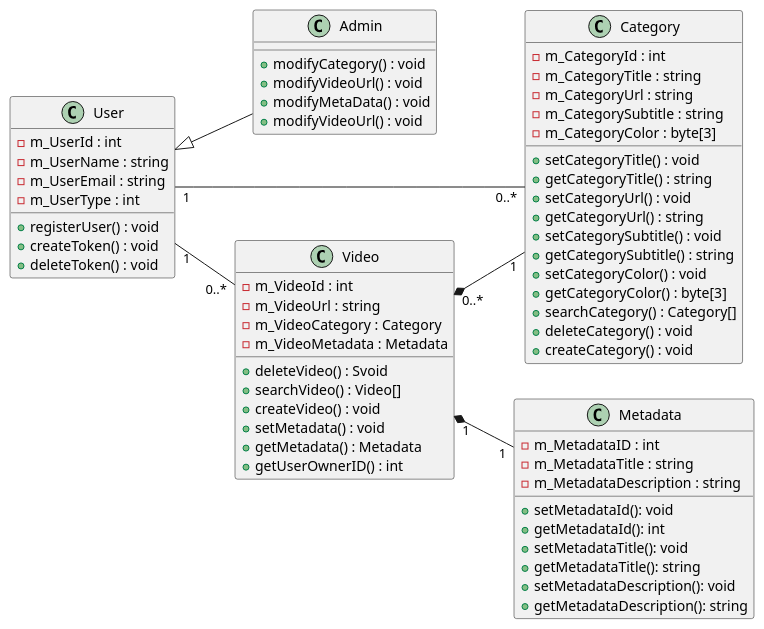
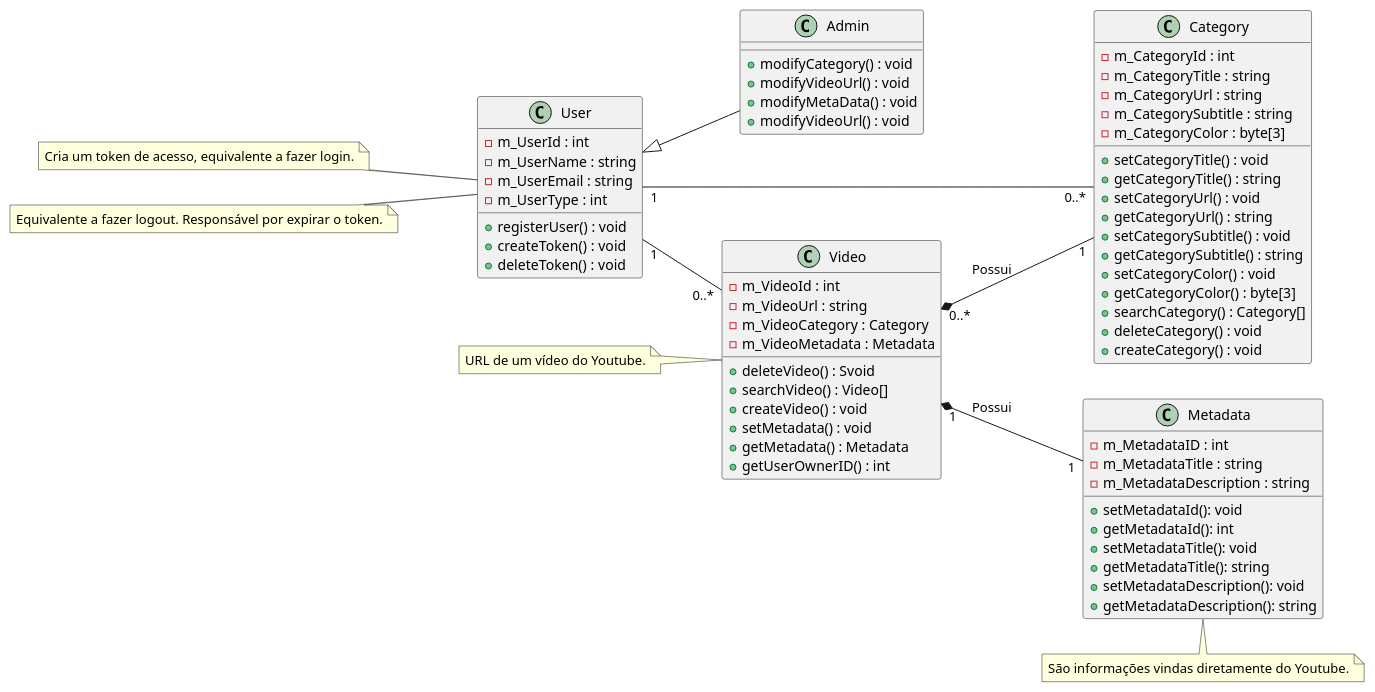
The diagram in Artefatos/Diagramas/Diagrama_Classe_Devflix.puml (MurylloEx/DevFlix-PSW), drawn with PlantUML before and after one commit.

Commit message:
Adicionado notas e nomes de relacionamento.

```diff
--- a/Artefatos/Diagramas/Diagrama_Classe_Devflix.puml
+++ b/Artefatos/Diagramas/Diagrama_Classe_Devflix.puml
@@ -1,69 +1,78 @@
 @startuml
 
 left to right direction
 
 class User {
     -m_UserId : int
     -m_UserName : string
     -m_UserEmail : string
     -m_UserType : int
     +registerUser() : void
     +createToken() : void
     +deleteToken() : void
+    
 }
 
 class Admin {
     +modifyCategory() : void
     +modifyVideoUrl() : void
     +modifyMetaData() : void
     +modifyVideoUrl() : void
 }
 
 class Category {
     -m_CategoryId : int
     -m_CategoryTitle : string
     -m_CategoryUrl : string
     -m_CategorySubtitle : string
     -m_CategoryColor : byte[3]
     +setCategoryTitle() : void
     +getCategoryTitle() : string
     +setCategoryUrl() : void
     +getCategoryUrl() : string
     +setCategorySubtitle() : void
     +getCategorySubtitle() : string
     +setCategoryColor() : void
     +getCategoryColor() : byte[3]
     +searchCategory() : Category[]
     +deleteCategory() : void
     +createCategory() : void
 }
 
 class Video {
     -m_VideoId : int
     -m_VideoUrl : string
     -m_VideoCategory : Category
     -m_VideoMetadata : Metadata
     +deleteVideo() : Svoid
     +searchVideo() : Video[]
     +createVideo() : void
     +setMetadata() : void
     +getMetadata() : Metadata
     +getUserOwnerID() : int
 }
 class Metadata{
     -m_MetadataID : int
     -m_MetadataTitle : string
     -m_MetadataDescription : string
     +setMetadataId(): void
     +getMetadataId(): int
     +setMetadataTitle(): void
     +getMetadataTitle(): string
     +setMetadataDescription(): void
     +getMetadataDescription(): string
 }
 User "1"--"0..*" Category
 User "1"--"0..*" Video
 User <|-- Admin
-Video "1"*--"1" Metadata
-Video "0..*"*--"1" Category
+Video "1"*--"1" Metadata : Possui
+Video "0..*"*--"1" Category : Possui
+
+note left of User : Cria um token de acesso, equivalente a fazer login.
+note left of User : Equivalente a fazer logout. Responsável por expirar o token.
+
+note left of Video : URL de um vídeo do Youtube.
+
+note bottom of Metadata : São informações vindas diretamente do Youtube.
+
 @endtuml
```
